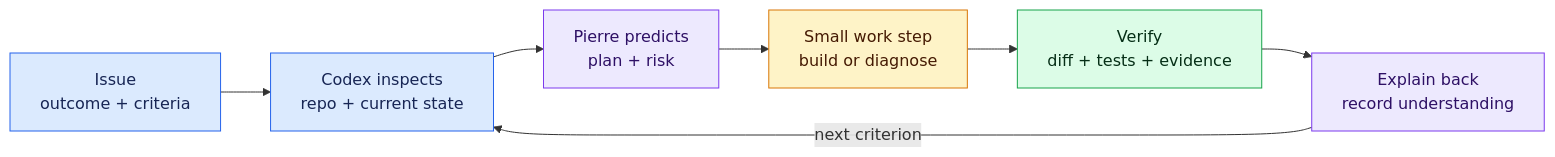
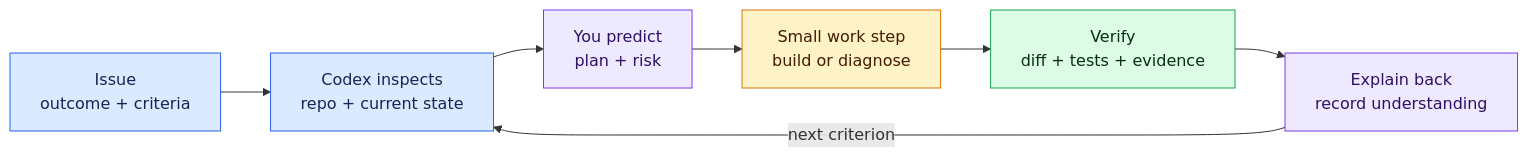
Before and after one commit to saliftankoano/pierre-build-program: the diagram in playbooks/codex-learning-partner.md, drawn with Mermaid. The commit also changed 105 other files, not shown here.

````diff
--- a/playbooks/codex-learning-partner.md
+++ b/playbooks/codex-learning-partner.md
@@ -5,18 +5,18 @@
 ```mermaid
 flowchart LR
     I["Issue<br/>outcome + criteria"] --> C["Codex inspects<br/>repo + current state"]
-    C --> P["Pierre predicts<br/>plan + risk"]
+    C --> P["You predict<br/>plan + risk"]
     P --> W["Small work step<br/>build or diagnose"]
     W --> V["Verify<br/>diff + tests + evidence"]
     V --> E["Explain back<br/>record understanding"]
     E -->|"next criterion"| C
 
     classDef context fill:#dbeafe,stroke:#2563eb,color:#172554;
     classDef human fill:#ede9fe,stroke:#7c3aed,color:#2e1065;
     classDef work fill:#fef3c7,stroke:#d97706,color:#451a03;
     classDef proof fill:#dcfce7,stroke:#16a34a,color:#052e16;
     class I,C context;
     class P,E human;
     class W work;
     class V proof;
 ```
````
